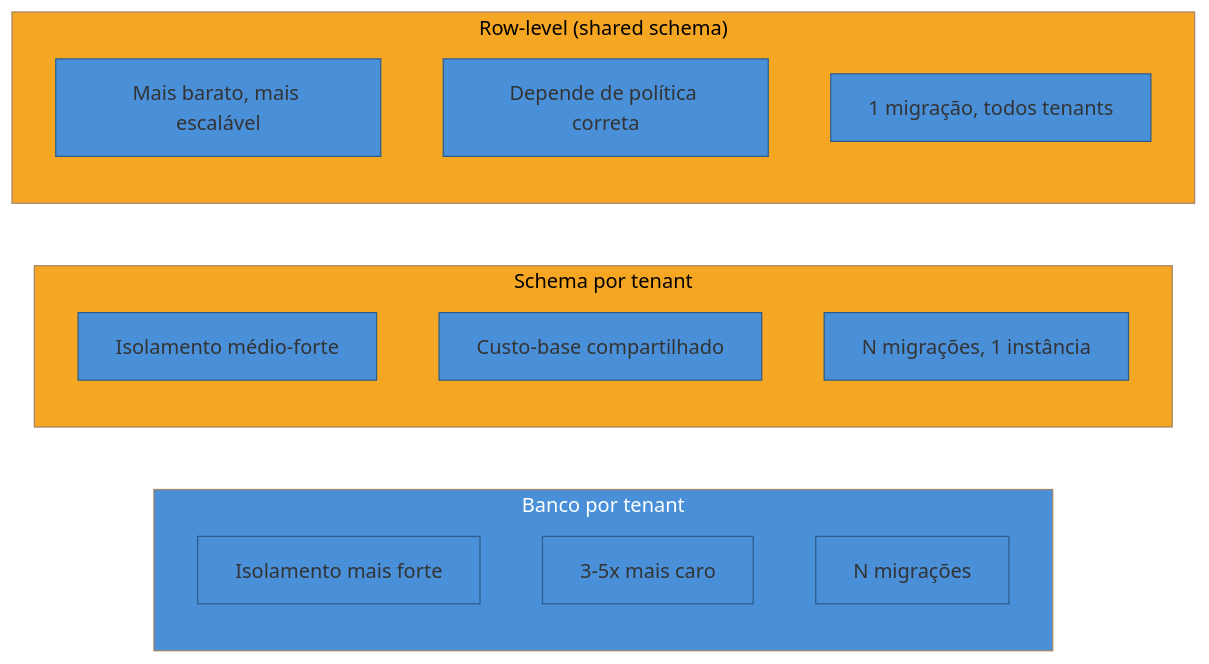
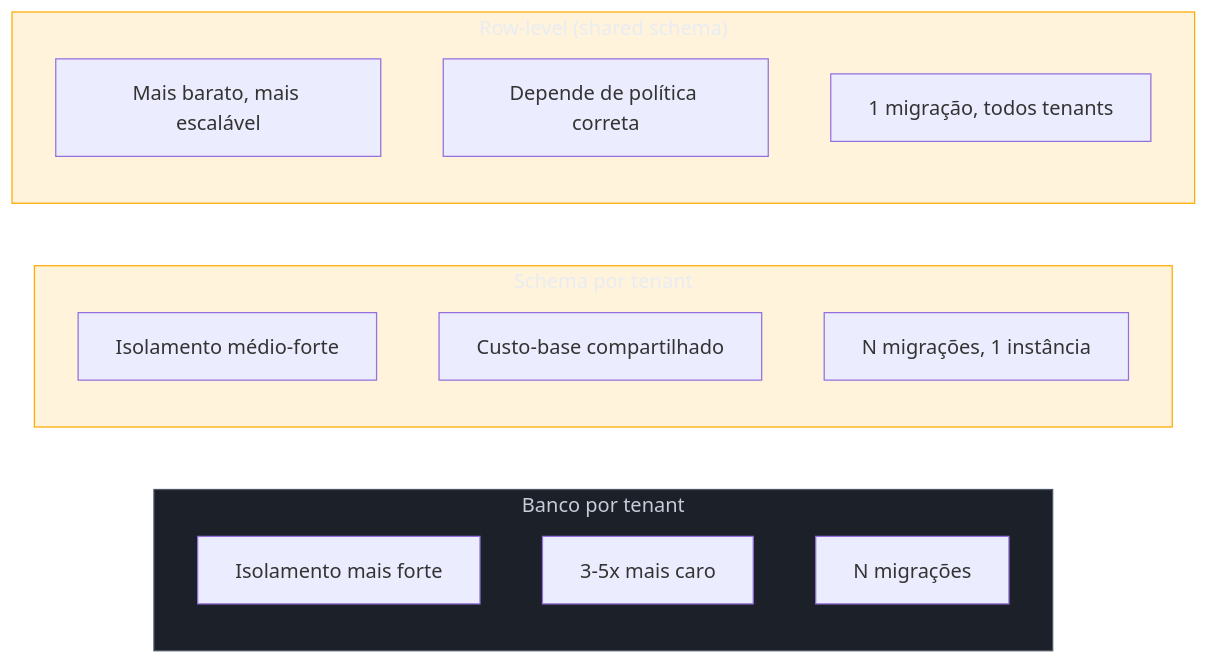
The fourth of 6 diagrams in 03-Dominios/Engenharia/Auth e Identidade/3 - Autorização e multi-tenancy/03 - Multi-tenancy e organizações.md (josenaldo/codex-technomanticus), drawn with Mermaid before and after one commit. The commit also changed other lines of this file and 1181 other files, not shown here.

First line of the commit message:
fix(diagramas): paleta do sistema no lugar de cor cravada no markdown

````diff
--- a/03-Dominios/Engenharia/Auth e Identidade/3 - Autorização e multi-tenancy/03 - Multi-tenancy e organizações.md
+++ b/03-Dominios/Engenharia/Auth e Identidade/3 - Autorização e multi-tenancy/03 - Multi-tenancy e organizações.md
@@ -152,26 +150,27 @@
 ```mermaid
-%%{init: {"theme": "base", "themeVariables": {"primaryColor": "#4A90D9", "primaryBorderColor": "#2E5C8A", "lineColor": "#4A90D9"}}}%%
 graph LR
+    classDef neutro fill:#1B2029,stroke:#4E5666,color:#C6CCD8
+    classDef destaque fill:#FFAA0024,stroke:#FFAA00,color:#E9ECF2
     subgraph DB["Banco por tenant"]
         direction TB
         D1["Isolamento mais forte"]
         D2["3-5x mais caro"]
         D3["N migrações"]
     end
     subgraph Schema["Schema por tenant"]
         direction TB
         S1["Isolamento médio-forte"]
         S2["Custo-base compartilhado"]
         S3["N migrações, 1 instância"]
     end
     subgraph RLS["Row-level (shared schema)"]
         direction TB
         R1["Mais barato, mais escalável"]
         R2["Depende de política correta"]
         R3["1 migração, todos tenants"]
     end
 
-    style DB fill:#4A90D9,color:#fff
-    style Schema fill:#F5A623,color:#000
-    style RLS fill:#F5A623,color:#000
+    class DB neutro
+    class Schema destaque
+    class RLS destaque
 ```
````
